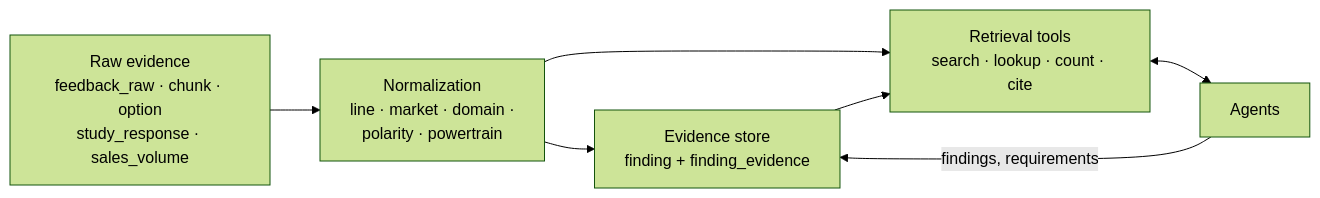
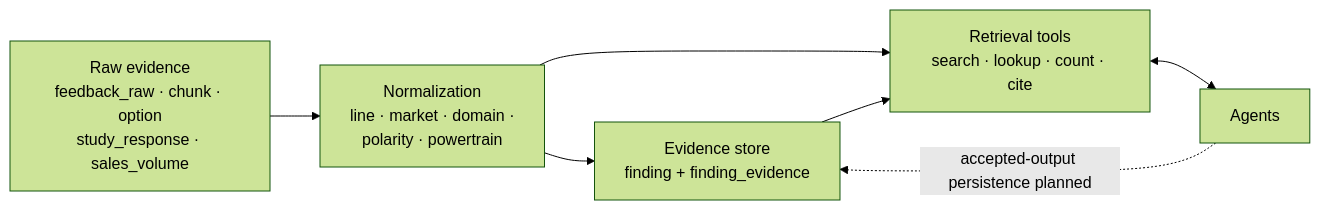
One commit to gabrielhansmann/attention_is_all_we_have changed the diagram in docs/architecture/11-knowledge-layer.md. Above: the diagram before and after it, drawn with Mermaid (forest theme). The commit also changed other lines of this file and 101 other files, not shown here.

````diff
--- a/docs/architecture/11-knowledge-layer.md
+++ b/docs/architecture/11-knowledge-layer.md
@@ -10,13 +10,13 @@
 ```mermaid
 flowchart LR
     RAW["Raw evidence<br/>feedback_raw · chunk · option<br/>study_response · sales_volume"]
     NORM["Normalization<br/>line · market · domain ·<br/>polarity · powertrain"]
     EV["Evidence store<br/>finding + finding_evidence"]
     TOOLS["Retrieval tools<br/>search · lookup · count · cite"]
     AG["Agents"]
     RAW --> NORM --> EV
     NORM --> TOOLS
     EV --> TOOLS
     TOOLS <--> AG
-    AG -->|findings, requirements| EV
+    AG -.->|accepted-output persistence planned| EV
 ```
````
